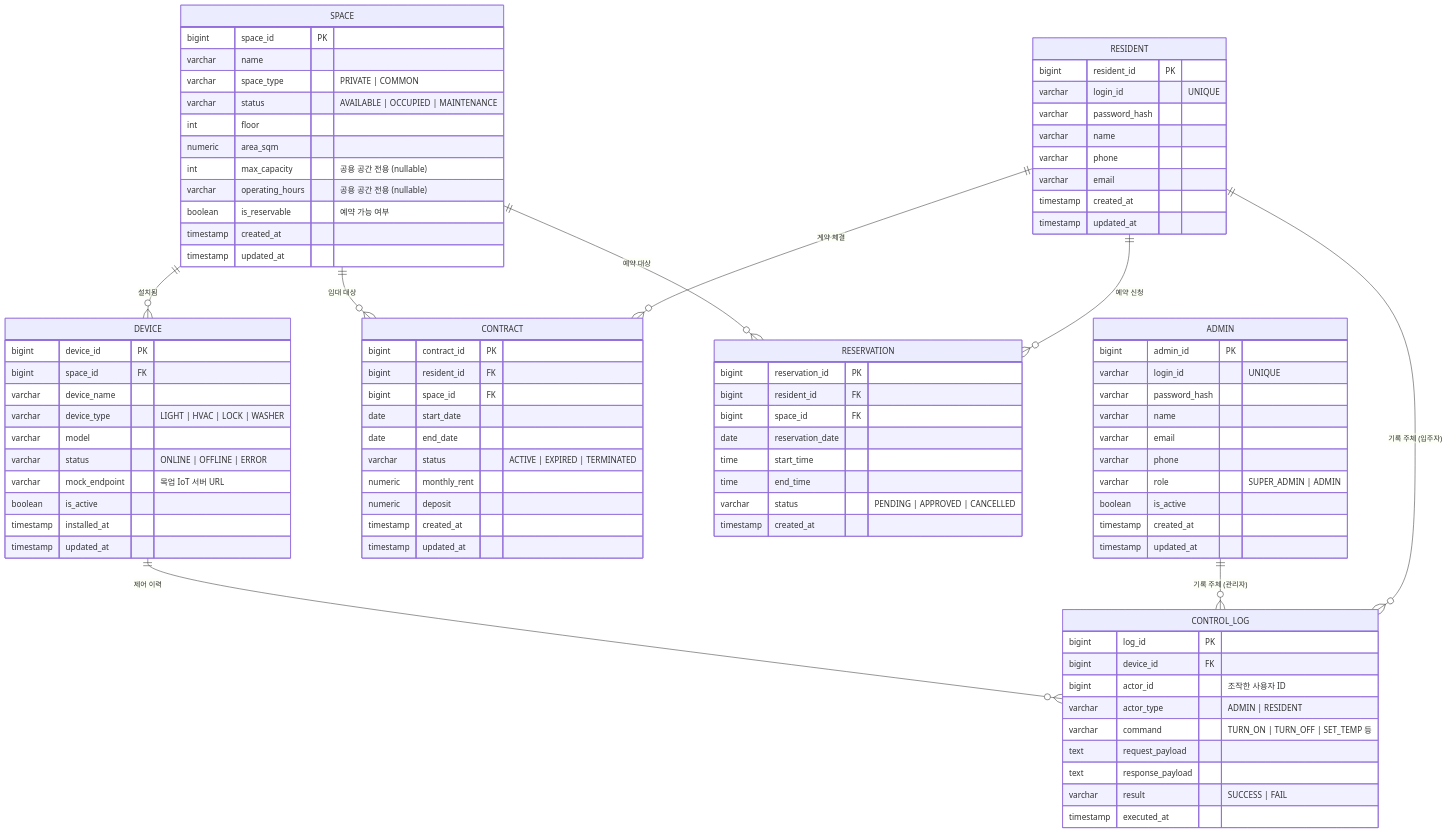
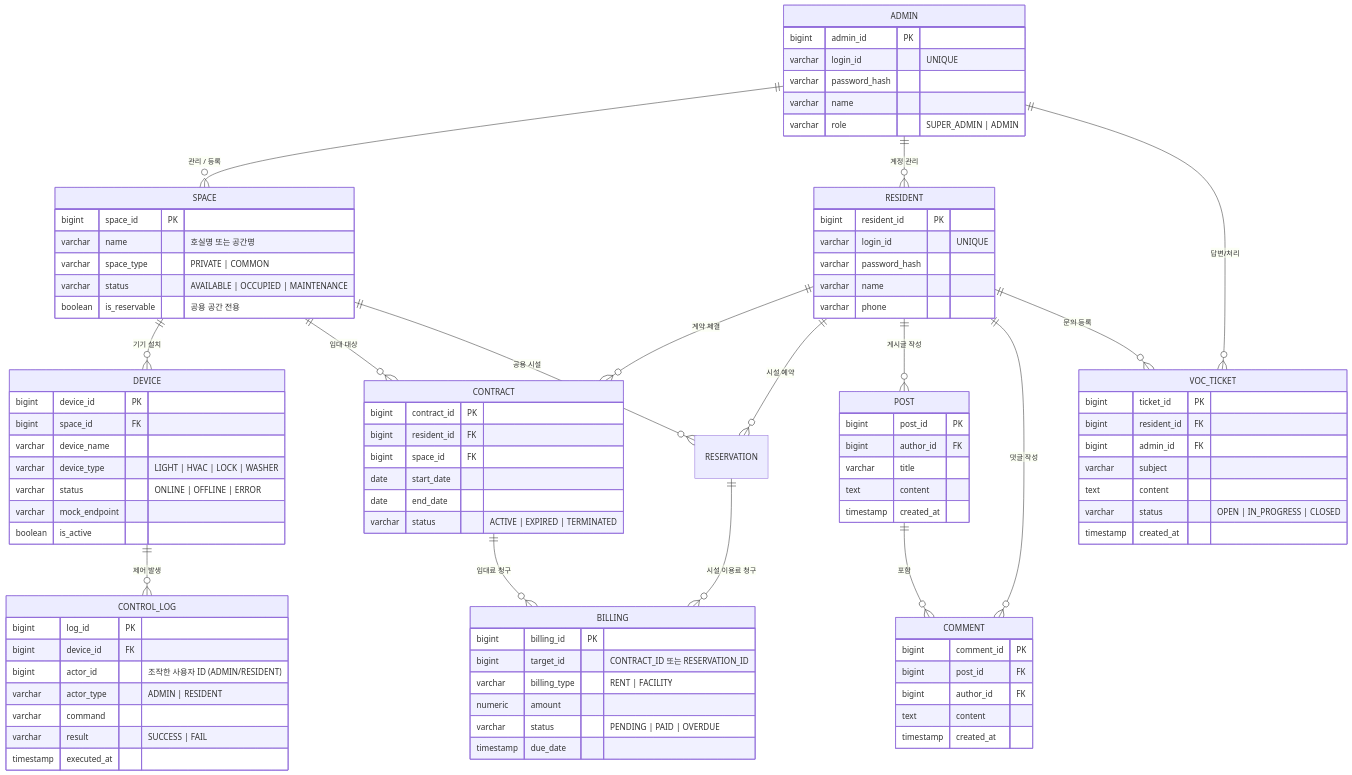
Before and after one commit to byoungsu5/ibm_cokkiri: the diagram in docs/erd_table_definition.md, drawn with Mermaid. The commit also changed other lines of this file and 1 other file, not shown here.

````diff
--- a/docs/erd_table_definition.md
+++ b/docs/erd_table_definition.md
@@ -11,25 +11,32 @@
 ```mermaid
 erDiagram
-    SPACE ||--o{ DEVICE : "설치됨"
+    ADMIN ||--o{ SPACE : "관리 / 등록"
+    ADMIN ||--o{ RESIDENT : "계정 관리"
+    ADMIN ||--o{ VOC_TICKET : "답변/처리"
+    
+    RESIDENT ||--o{ CONTRACT : "계약 체결"
+    RESIDENT ||--o{ RESERVATION : "시설 예약"
+    RESIDENT ||--o{ POST : "게시글 작성"
+    RESIDENT ||--o{ COMMENT : "댓글 작성"
+    RESIDENT ||--o{ VOC_TICKET : "문의 등록"
+
+    SPACE ||--o{ DEVICE : "기기 설치"
     SPACE ||--o{ CONTRACT : "임대 대상"
-    SPACE ||--o{ RESERVATION : "예약 대상"
-    RESIDENT ||--o{ CONTRACT : "계약 체결"
-    RESIDENT ||--o{ RESERVATION : "예약 신청"
-    DEVICE ||--o{ CONTROL_LOG : "제어 이력"
-    ADMIN ||--o{ CONTROL_LOG : "기록 주체 (관리자)"
-    RESIDENT ||--o{ CONTROL_LOG : "기록 주체 (입주자)"
+    SPACE ||--o{ RESERVATION : "공용 시설"
+
+    CONTRACT ||--o{ BILLING : "임대료 청구"
+    RESERVATION ||--o{ BILLING : "시설 이용료 청구"
+
+    DEVICE ||--o{ CONTROL_LOG : "제어 발생"
+    
+    POST ||--o{ COMMENT : "포함"
 
     ADMIN {
         bigint admin_id PK
         varchar login_id "UNIQUE"
         varchar password_hash
         varchar name
-        varchar email
-        varchar phone
         varchar role "SUPER_ADMIN | ADMIN"
-        boolean is_active
-        timestamp created_at
-        timestamp updated_at
     }
 
     RESIDENT {
@@ -38,23 +45,14 @@
         varchar password_hash
         varchar name
         varchar phone
-        varchar email
-        timestamp created_at
-        timestamp updated_at
     }
 
     SPACE {
         bigint space_id PK
-        varchar name
+        varchar name "호실명 또는 공간명"
         varchar space_type "PRIVATE | COMMON"
         varchar status "AVAILABLE | OCCUPIED | MAINTENANCE"
-        int floor
-        numeric area_sqm
-        int max_capacity "공용 공간 전용 (nullable)"
-        varchar operating_hours "공용 공간 전용 (nullable)"
-        boolean is_reservable "예약 가능 여부"
-        timestamp created_at
-        timestamp updated_at
+        boolean is_reservable "공용 공간 전용"
     }
 
     CONTRACT {
@@ -64,10 +62,6 @@
         date start_date
         date end_date
         varchar status "ACTIVE | EXPIRED | TERMINATED"
-        numeric monthly_rent
-        numeric deposit
-        timestamp created_at
-        timestamp updated_at
     }
 
     DEVICE {
@@ -75,34 +69,53 @@
         bigint space_id FK
         varchar device_name
         varchar device_type "LIGHT | HVAC | LOCK | WASHER"
-        varchar model
         varchar status "ONLINE | OFFLINE | ERROR"
-        varchar mock_endpoint "목업 IoT 서버 URL"
+        varchar mock_endpoint
         boolean is_active
-        timestamp installed_at
-        timestamp updated_at
     }
 
-    RESERVATION {
-        bigint reservation_id PK
-        bigint resident_id FK
-        bigint space_id FK
-        date reservation_date
-        time start_time
-        time end_time
-        varchar status "PENDING | APPROVED | CANCELLED"
-        timestamp created_at
+    BILLING {
+        bigint billing_id PK
+        bigint target_id "CONTRACT_ID 또는 RESERVATION_ID"
+        varchar billing_type "RENT | FACILITY"
+        numeric amount
+        varchar status "PENDING | PAID | OVERDUE"
+        timestamp due_date
     }
 
     CONTROL_LOG {
         bigint log_id PK
         bigint device_id FK
-        bigint actor_id "조작한 사용자 ID"
+        bigint actor_id "조작한 사용자 ID (ADMIN/RESIDENT)"
         varchar actor_type "ADMIN | RESIDENT"
-        varchar command "TURN_ON | TURN_OFF | SET_TEMP 등"
-        text request_payload
-        text response_payload
+        varchar command
         varchar result "SUCCESS | FAIL"
         timestamp executed_at
     }
+
+    POST {
+        bigint post_id PK
+        bigint author_id FK
+        varchar title
+        text content
+        timestamp created_at
+    }
+
+    COMMENT {
+        bigint comment_id PK
+        bigint post_id FK
+        bigint author_id FK
+        text content
+        timestamp created_at
+    }
+
+    VOC_TICKET {
+        bigint ticket_id PK
+        bigint resident_id FK
+        bigint admin_id FK
+        varchar subject
+        text content
+        varchar status "OPEN | IN_PROGRESS | CLOSED"
+        timestamp created_at
+    }
 ```
````
